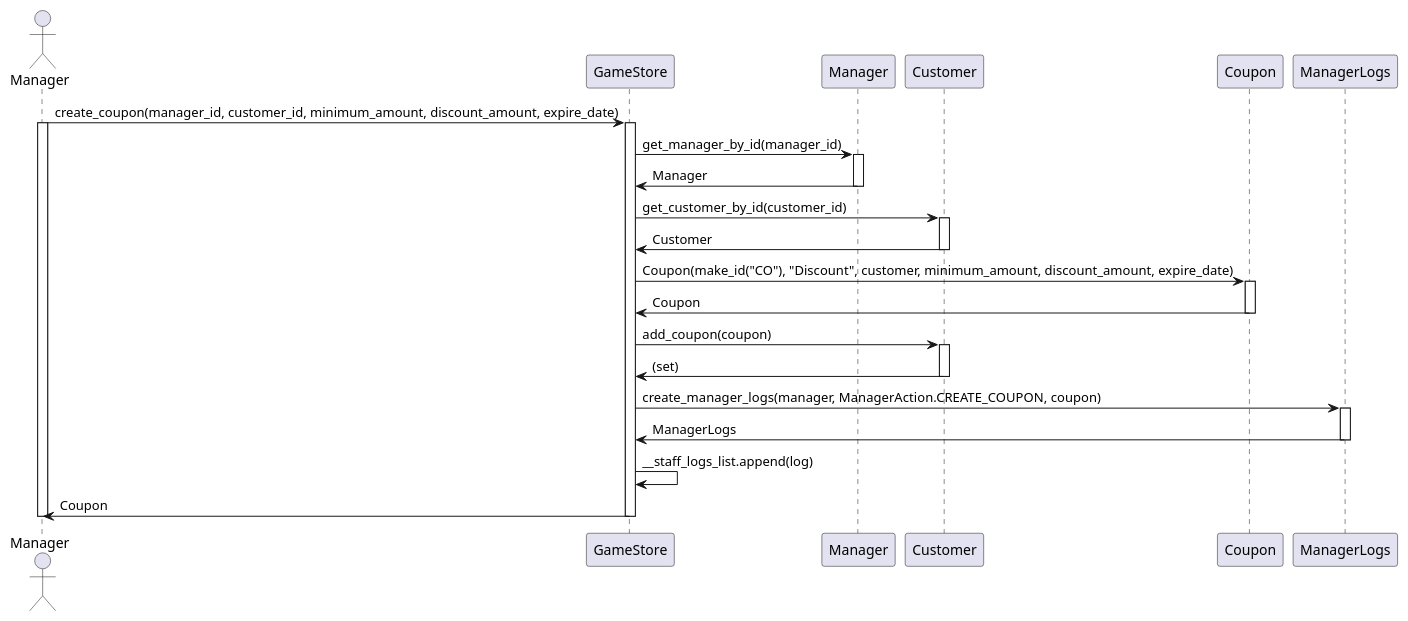
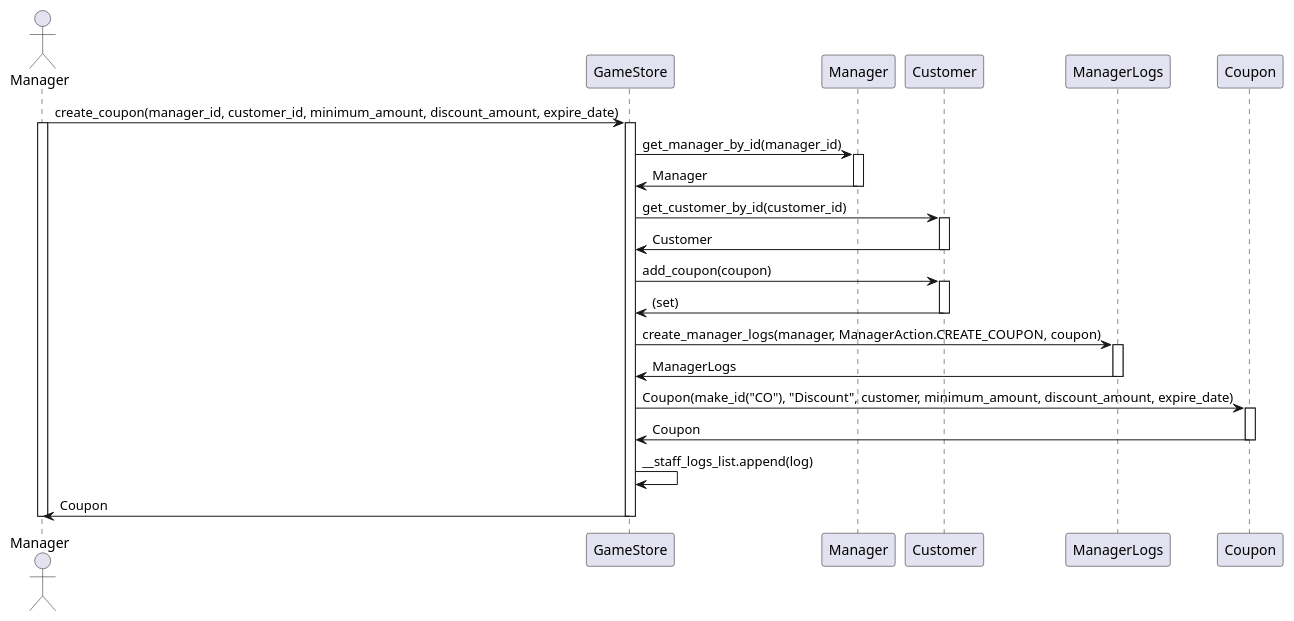
The diagram in SequenceDiagram/sequence_diagram_create_coupon.puml (WaroonRagwongsiri/OOP_Project), drawn with PlantUML before and after one commit. The commit also changed other lines of this file, not shown here.

Commit message:
modify create coupon

```diff
--- a/SequenceDiagram/sequence_diagram_create_coupon.puml
+++ b/SequenceDiagram/sequence_diagram_create_coupon.puml
@@ -1,41 +1,41 @@
 @startuml Create Coupon Sequence Diagram
 
 actor Manager as A_Manager
 
 A_Manager -> GameStore: create_coupon(manager_id, customer_id, minimum_amount, discount_amount, expire_date)
 activate A_Manager
 
 activate GameStore
 GameStore -> Manager: get_manager_by_id(manager_id)
 activate Manager
 Manager -> GameStore: Manager
 deactivate Manager
 
 GameStore -> Customer: get_customer_by_id(customer_id)
 activate Customer
 Customer -> GameStore: Customer
 deactivate Customer
 
-GameStore -> Coupon: Coupon(make_id("CO"), "Discount", customer, minimum_amount, discount_amount, expire_date)
-activate Coupon
-Coupon -> GameStore: Coupon
-deactivate Coupon
-
 GameStore -> Customer: add_coupon(coupon)
 activate Customer
 Customer -> GameStore: (set)
 deactivate Customer
 
 GameStore -> ManagerLogs: create_manager_logs(manager, ManagerAction.CREATE_COUPON, coupon)
 activate ManagerLogs
 ManagerLogs -> GameStore: ManagerLogs
 deactivate ManagerLogs
 
+GameStore -> Coupon: Coupon(make_id("CO"), "Discount", customer, minimum_amount, discount_amount, expire_date)
+activate Coupon
+Coupon -> GameStore: Coupon
+deactivate Coupon
+
 GameStore -> GameStore: __staff_logs_list.append(log)
 
 GameStore -> A_Manager: Coupon
 deactivate GameStore
 
 deactivate A_Manager
 
 @enduml
```
